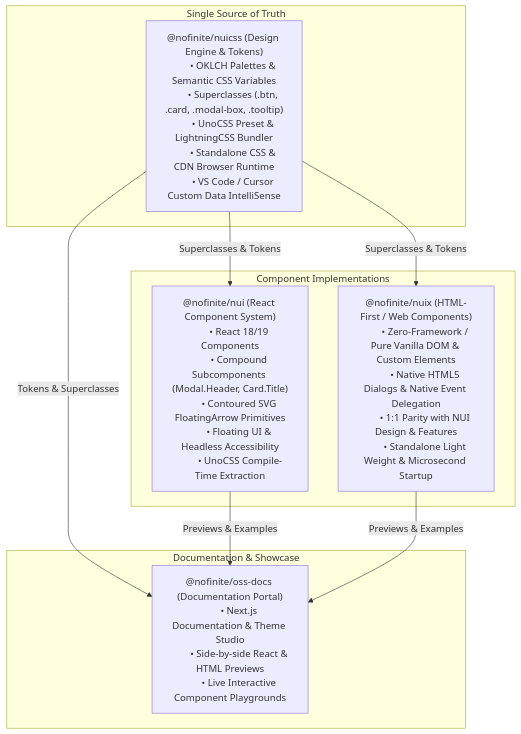
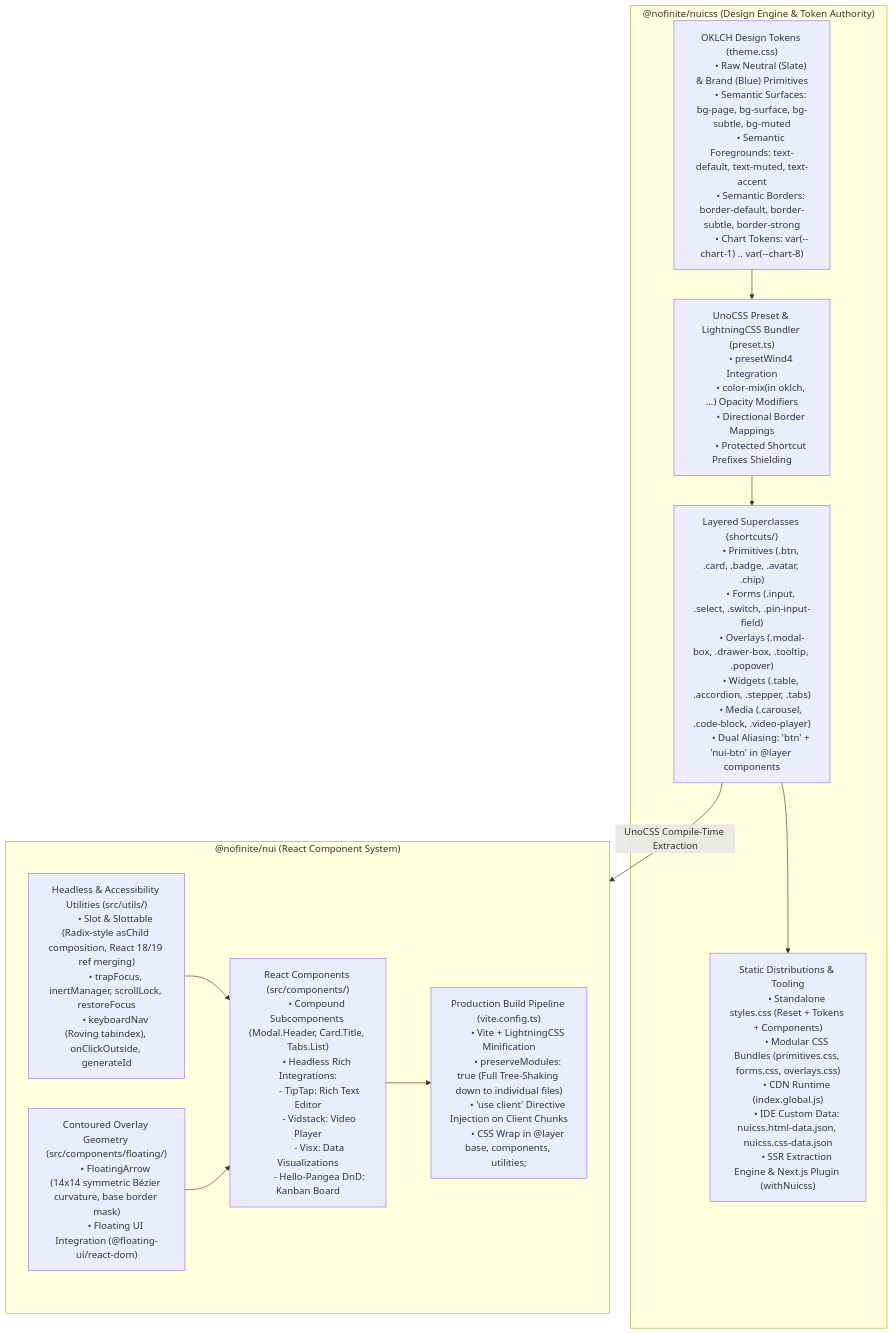
Before and after one commit to NofiniteHQ/stack: the diagram in ARCHITECTURE.md, drawn with Mermaid. The commit also changed other lines of this file, not shown here.

Commit message:
docs: formalize deep architecture specifications and standards for nui and nuicss

````diff
--- a/ARCHITECTURE.md
+++ b/ARCHITECTURE.md
@@ -13,39 +18,65 @@
 ```mermaid
 flowchart TD
-    subgraph SOT["Single Source of Truth"]
-        NUICSS["@nofinite/nuicss (Design Engine & Tokens)
-        • OKLCH Palettes & Semantic CSS Variables
-        • Superclasses (.btn, .card, .modal-box, .tooltip)
-        • UnoCSS Preset & LightningCSS Bundler
-        • Standalone CSS & CDN Browser Runtime
-        • VS Code / Cursor Custom Data IntelliSense"]
+    subgraph NUICSS_ENGINE["@nofinite/nuicss (Design Engine & Token Authority)"]
+        TOKENS["OKLCH Design Tokens (theme.css)
+        • Raw Neutral (Slate) & Brand (Blue) Primitives
+        • Semantic Surfaces: bg-page, bg-surface, bg-subtle, bg-muted
+        • Semantic Foregrounds: text-default, text-muted, text-accent
+        • Semantic Borders: border-default, border-subtle, border-strong
+        • Chart Tokens: var(--chart-1) .. var(--chart-8)"]
+
+        PRESET["UnoCSS Preset & LightningCSS Bundler (preset.ts)
+        • presetWind4 Integration
+        • color-mix(in oklch, ...) Opacity Modifiers
+        • Directional Border Mappings
+        • Protected Shortcut Prefixes Shielding"]
+
+        SHORTCUTS["Layered Superclasses (shortcuts/)
+        • Primitives (.btn, .card, .badge, .avatar, .chip)
+        • Forms (.input, .select, .switch, .pin-input-field)
+        • Overlays (.modal-box, .drawer-box, .tooltip, .popover)
+        • Widgets (.table, .accordion, .stepper, .tabs)
+        • Media (.carousel, .code-block, .video-player)
+        • Dual Aliasing: 'btn' + 'nui-btn' in @layer components"]
+
+        BUNDLES["Static Distributions & Tooling
+        • Standalone styles.css (Reset + Tokens + Components)
+        • Modular CSS Bundles (primitives.css, forms.css, overlays.css)
+        • CDN Runtime (index.global.js)
+        • IDE Custom Data: nuicss.html-data.json, nuicss.css-data.json
+        • SSR Extraction Engine & Next.js Plugin (withNuicss)"]
     end
 
-    subgraph CONSUMERS["Component Implementations"]
-        NUI["@nofinite/nui (React Component System)
-        • React 18/19 Components
-        • Compound Subcomponents (Modal.Header, Card.Title)
-        • Contoured SVG FloatingArrow Primitives
-        • Floating UI & Headless Accessibility
-        • UnoCSS Compile-Time Extraction"]
+    subgraph NUI_REACT["@nofinite/nui (React Component System)"]
+        CORE_HOOKS["Headless & Accessibility Utilities (src/utils/)
+        • Slot & Slottable (Radix-style asChild composition, React 18/19 ref merging)
+        • trapFocus, inertManager, scrollLock, restoreFocus
+        • keyboardNav (Roving tabindex), onClickOutside, generateId"]
 
-        NUIX["@nofinite/nuix (HTML-First / Web Components)
-        • Zero-Framework / Pure Vanilla DOM & Custom Elements
-        • Native HTML5 Dialogs & Native Event Delegation
-        • 1:1 Parity with NUI Design & Features
-        • Standalone Light Weight & Microsecond Startup"]
+        FLOATING_PRIMITIVE["Contoured Overlay Geometry (src/components/floating/)
+        • FloatingArrow (14x14 symmetric Bézier curvature, base border mask)
+        • Floating UI Integration (@floating-ui/react-dom)"]
+
+        COMPONENTS["React Components (src/components/)
+        • Compound Subcomponents (Modal.Header, Card.Title, Tabs.List)
+        • Headless Rich Integrations:
+          - TipTap: Rich Text Editor
+          - Vidstack: Video Player
+          - Visx: Data Visualizations
+          - Hello-Pangea DnD: Kanban Board"]
+
+        BUILD_PIPELINE["Production Build Pipeline (vite.config.ts)
+        • Vite + LightningCSS Minification
+        • preserveModules: true (Full Tree-Shaking down to individual files)
+        • 'use client' Directive Injection on Client Chunks
+        • CSS Wrap in @layer base, components, utilities;"]
     end
 
-    subgraph DOCS["Documentation & Showcase"]
-        OSSDOCS["@nofinite/oss-docs (Documentation Portal)
-        • Next.js Documentation & Theme Studio
-        • Side-by-side React & HTML Previews
-        • Live Interactive Component Playgrounds"]
-    end
-
-    NUICSS -->|Superclasses & Tokens| NUI
-    NUICSS -->|Superclasses & Tokens| NUIX
-    NUICSS -->|Tokens & Superclasses| OSSDOCS
-    NUI -->|Previews & Examples| OSSDOCS
-    NUIX -->|Previews & Examples| OSSDOCS
+    TOKENS --> PRESET
+    PRESET --> SHORTCUTS
+    SHORTCUTS --> BUNDLES
+    SHORTCUTS -->|UnoCSS Compile-Time Extraction| NUI_REACT
+    CORE_HOOKS --> COMPONENTS
+    FLOATING_PRIMITIVE --> COMPONENTS
+    COMPONENTS --> BUILD_PIPELINE
 ```
````
